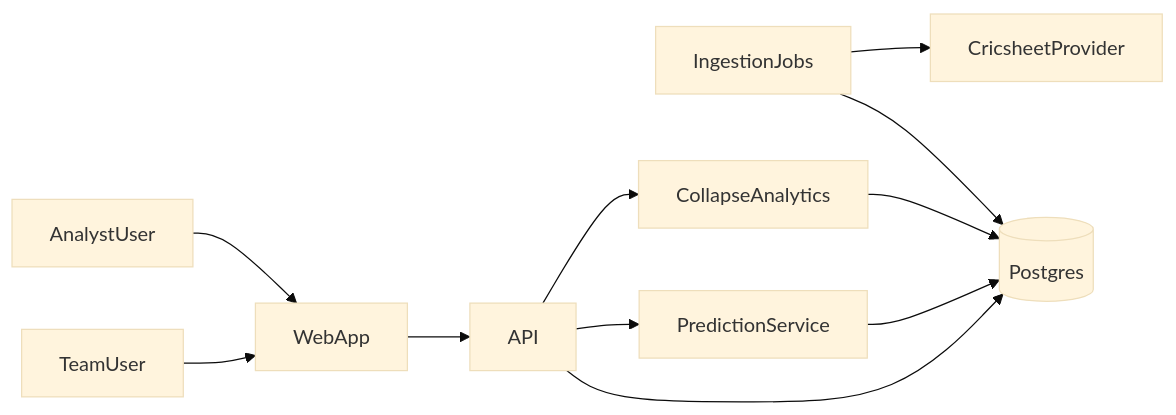
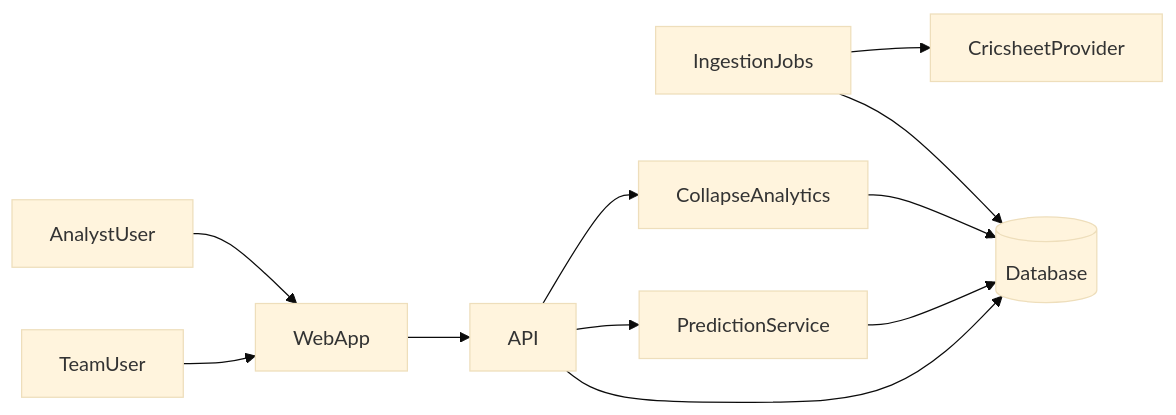
Before and after one commit to Ramlols2604/pitchIQ: the diagram in PITCHIQ_MVP_PLAN.md, drawn with Mermaid (base theme). The commit also changed other lines of this file and 6 other files, not shown here.

````diff
--- a/PITCHIQ_MVP_PLAN.md
+++ b/PITCHIQ_MVP_PLAN.md
@@ -102,13 +102,13 @@
 ```mermaid
 flowchart LR
   teamUser[TeamUser] --> web[WebApp]
   analystUser[AnalystUser] --> web
   web --> api[API]
-  api --> db[(Postgres)]
+  api --> db[(Database)]
   ingest[IngestionJobs] --> db
   ingest --> provider[CricsheetProvider]
   api --> predict[PredictionService]
   api --> collapse[CollapseAnalytics]
   predict --> db
   collapse --> db
 ```
````
